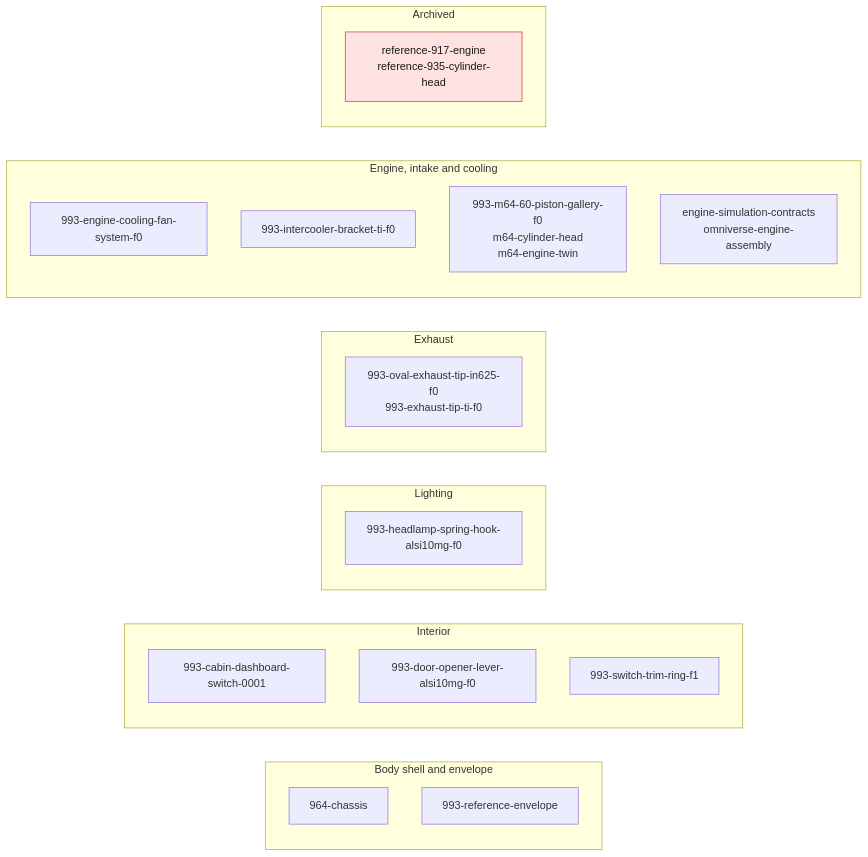
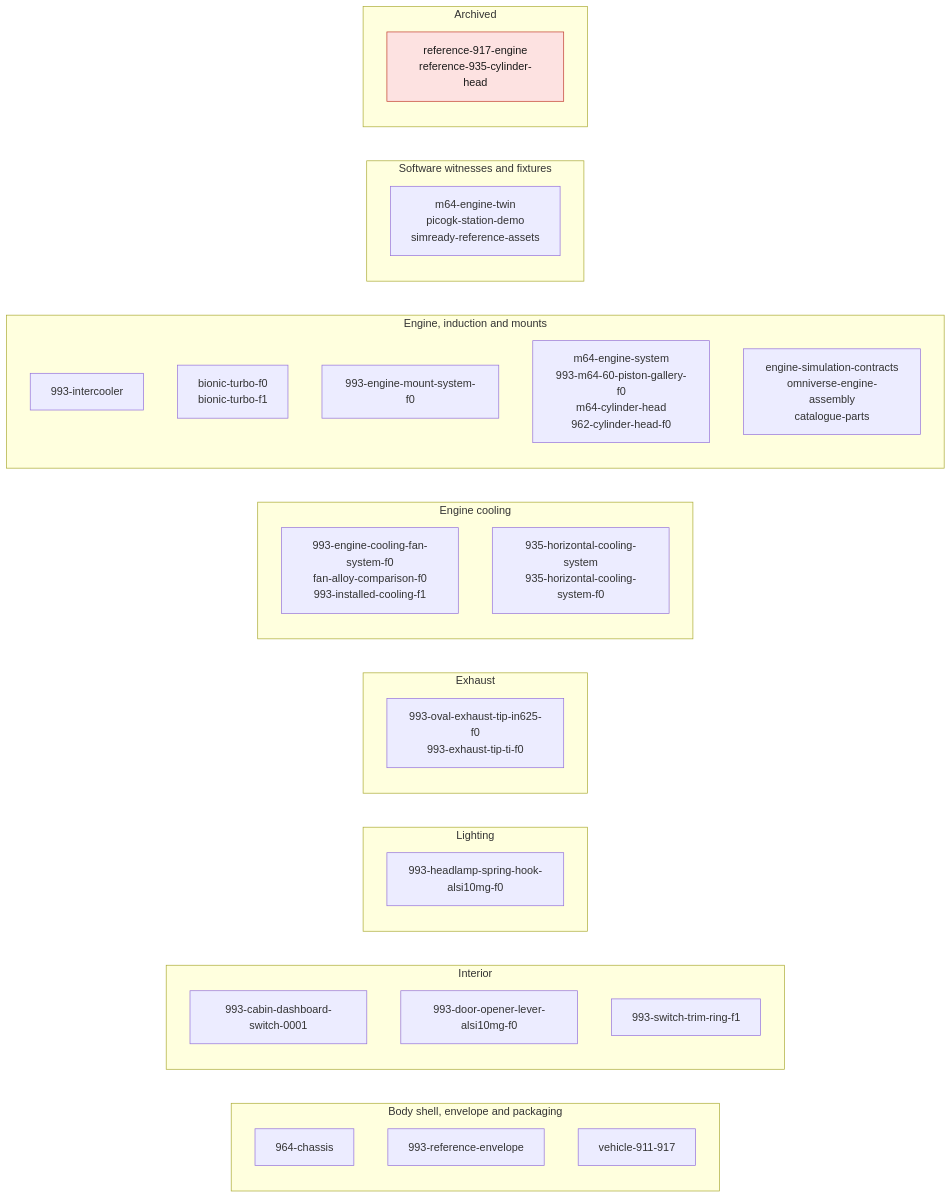
Before and after one commit to cluster2600/porscheparts: the diagram in twins/README.md, drawn with Mermaid. The commit also changed other lines of this file and 5 other files, not shown here.

````diff
--- a/twins/README.md
+++ b/twins/README.md
@@ -40,29 +162,38 @@
 ```mermaid
 flowchart LR
-  subgraph BODY["Body shell and envelope"]
+  subgraph BODY["Body shell, envelope and packaging"]
     C964["964-chassis"]
     ENV["993-reference-envelope"]
+    VEH["vehicle-911-917"]
   end
   subgraph INT["Interior"]
     DASH["993-cabin-dashboard-switch-0001"]
     DOOR["993-door-opener-lever-alsi10mg-f0"]
     RING["993-switch-trim-ring-f1"]
   end
   subgraph LIGHT["Lighting"]
     HOOK["993-headlamp-spring-hook-alsi10mg-f0"]
   end
   subgraph EXH["Exhaust"]
     TIP["993-oval-exhaust-tip-in625-f0<br/>993-exhaust-tip-ti-f0"]
   end
-  subgraph ENG["Engine, intake and cooling"]
-    FAN["993-engine-cooling-fan-system-f0"]
-    IC["993-intercooler-bracket-ti-f0"]
-    M64["993-m64-60-piston-gallery-f0<br/>m64-cylinder-head<br/>m64-engine-twin"]
-    SIM["engine-simulation-contracts<br/>omniverse-engine-assembly"]
+  subgraph COOL["Engine cooling"]
+    FAN["993-engine-cooling-fan-system-f0<br/>fan-alloy-comparison-f0<br/>993-installed-cooling-f1"]
+    H935["935-horizontal-cooling-system<br/>935-horizontal-cooling-system-f0"]
+  end
+  subgraph ENG["Engine, induction and mounts"]
+    IC["993-intercooler"]
+    TURBO["bionic-turbo-f0<br/>bionic-turbo-f1"]
+    MOUNT["993-engine-mount-system-f0"]
+    M64["m64-engine-system<br/>993-m64-60-piston-gallery-f0<br/>m64-cylinder-head<br/>962-cylinder-head-f0"]
+    SIM["engine-simulation-contracts<br/>omniverse-engine-assembly<br/>catalogue-parts"]
+  end
+  subgraph TOOL["Software witnesses and fixtures"]
+    SW["m64-engine-twin<br/>picogk-station-demo<br/>simready-reference-assets"]
   end
   subgraph ARC["Archived"]
     REF["reference-917-engine<br/>reference-935-cylinder-head"]
   end
   classDef stop fill:#fde2e1,stroke:#c0392b,color:#1a1a1a;
   class REF stop;
 ```
````
